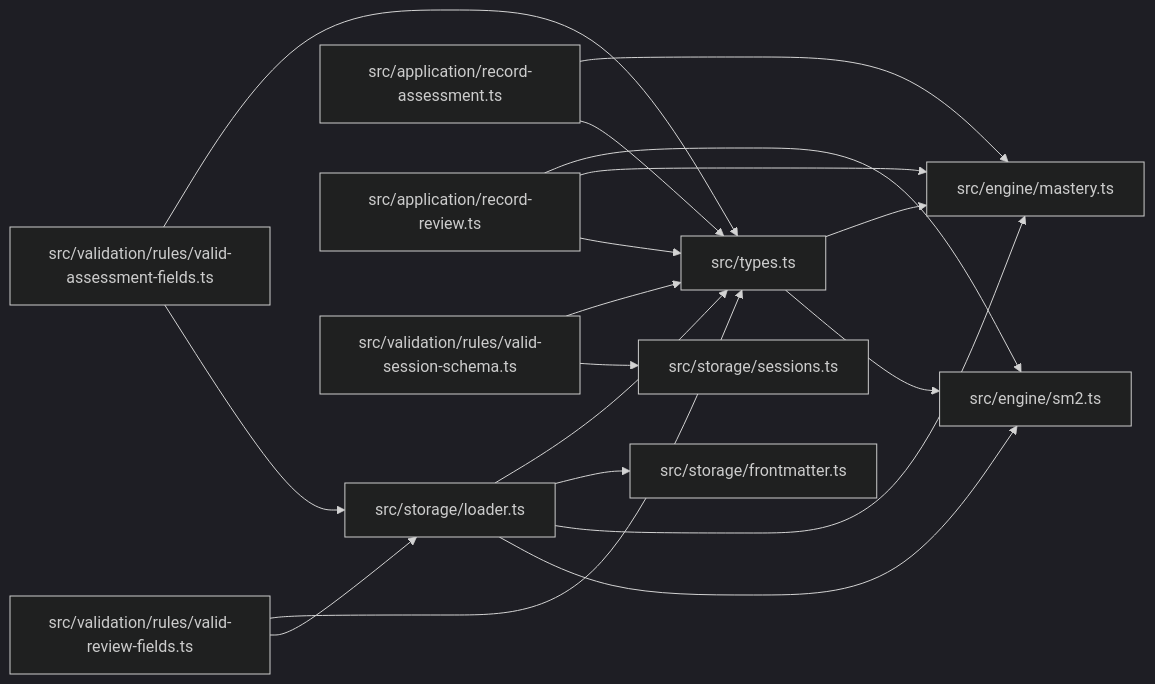
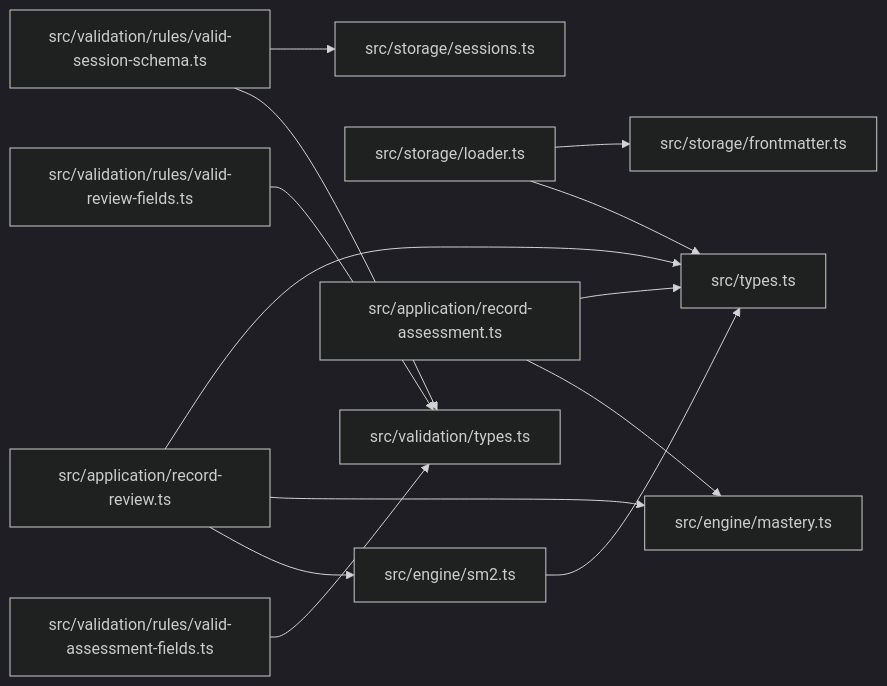
The seventh of 7 diagrams in Data Models and Types/Data Models and Types.md (Kuldeep2822k/palee-architecture), drawn with Mermaid (dark theme) before and after one commit. The commit also changed other lines of this file and 7 other files, not shown here.

````diff
--- a/Data Models and Types/Data Models and Types.md
+++ b/Data Models and Types/Data Models and Types.md
@@ -558,32 +560,28 @@
 ```mermaid
 graph LR
   Types["src/types.ts"]
   Mastery["src/engine/mastery.ts"]
   Sm2["src/engine/sm2.ts"]
   Loader["src/storage/loader.ts"]
   Frontmatter["src/storage/frontmatter.ts"]
   Sessions["src/storage/sessions.ts"]
   Assess["src/application/record-assessment.ts"]
   ReviewApp["src/application/record-review.ts"]
   RulesAssess["src/validation/rules/valid-assessment-fields.ts"]
   RulesReview["src/validation/rules/valid-review-fields.ts"]
   RulesSession["src/validation/rules/valid-session-schema.ts"]
+  ValTypes["src/validation/types.ts"]
 
-  Types --> Mastery
-  Types --> Sm2
+  Sm2 --> Types
   Loader --> Types
   Loader --> Frontmatter
-  Loader --> Mastery
-  Loader --> Sm2
   Assess --> Mastery
   Assess --> Types
   ReviewApp --> Sm2
   ReviewApp --> Mastery
   ReviewApp --> Types
-  RulesAssess --> Types
-  RulesReview --> Types
-  RulesSession --> Types
-  RulesAssess --> Loader
-  RulesReview --> Loader
+  RulesAssess --> ValTypes
+  RulesReview --> ValTypes
+  RulesSession --> ValTypes
   RulesSession --> Sessions
 ```
````
